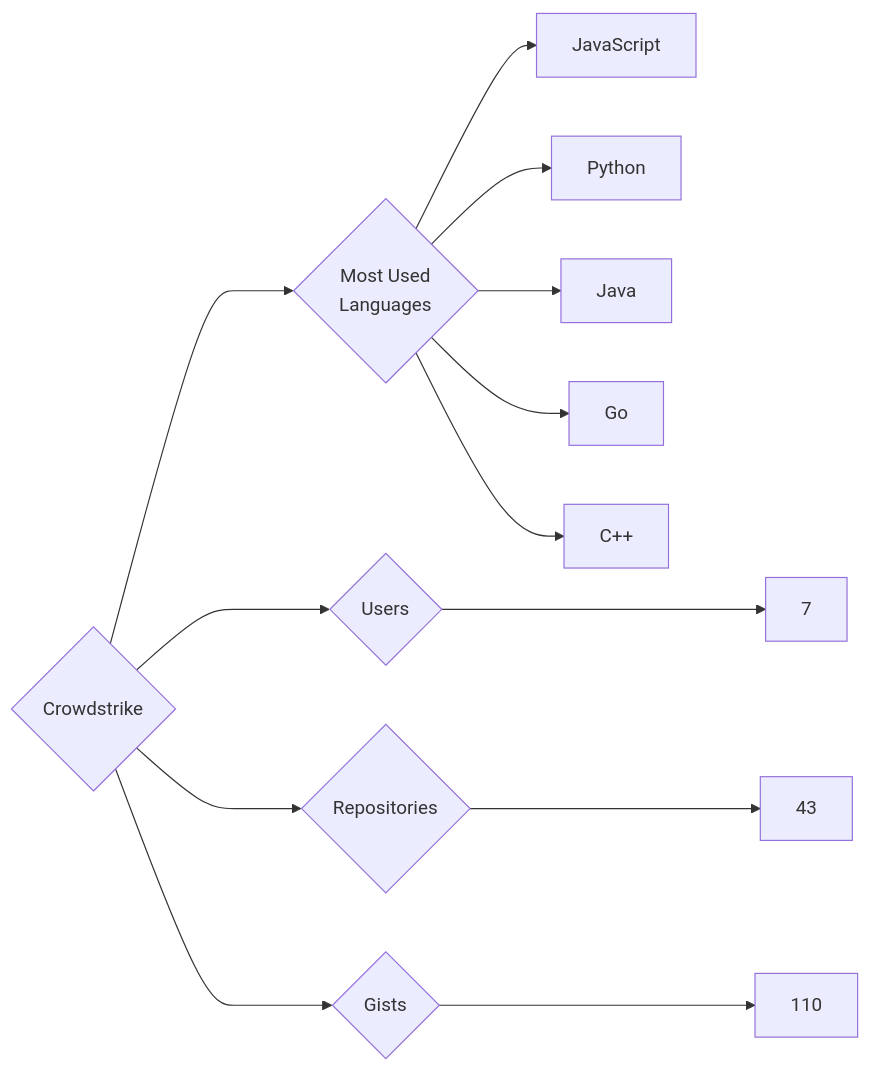
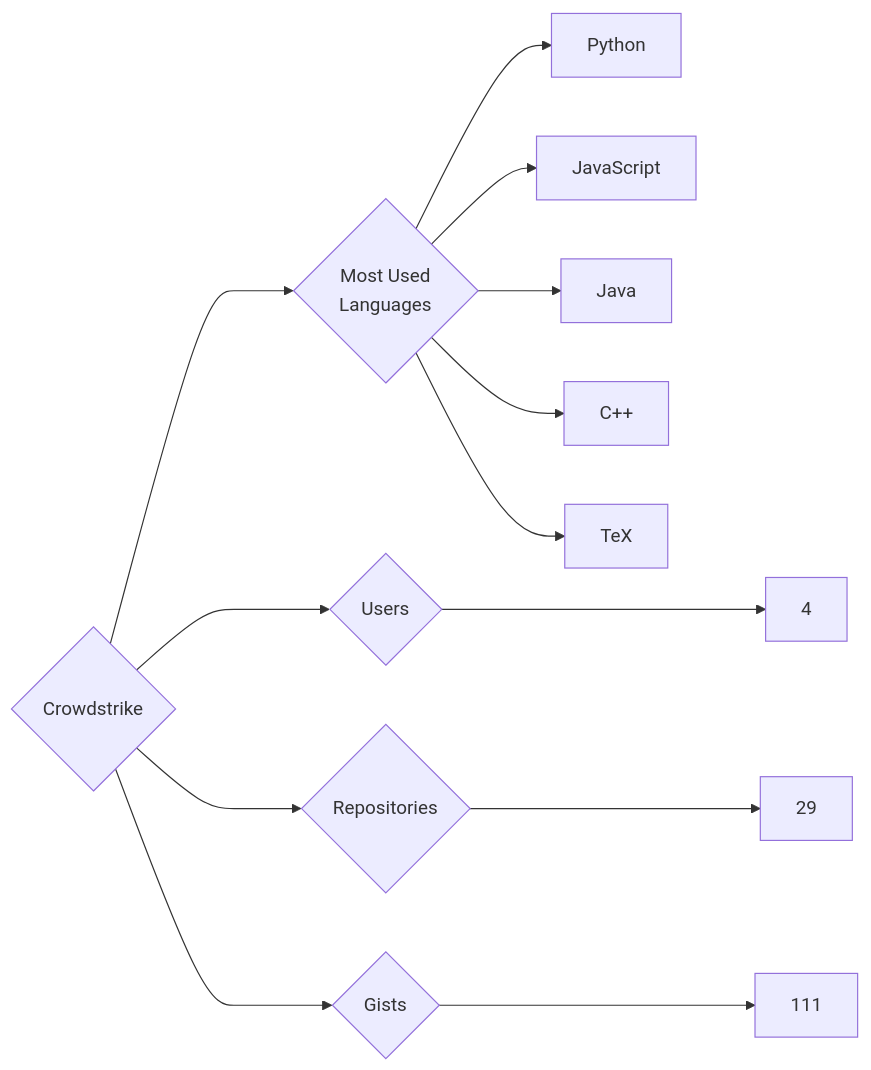
Before and after one commit to trickest/insiders: the diagram in targets/Crowdstrike/README.md, drawn with Mermaid. The commit also changed 1170 other files, not shown here.

````diff
--- a/targets/Crowdstrike/README.md
+++ b/targets/Crowdstrike/README.md
@@ -3,13 +3,13 @@
 ```mermaid
 graph LR
 COMPANY_NAME{Crowdstrike}
-COMPANY_NAME ---> U{Users} ---> UN[7]
-COMPANY_NAME ---> R{Repositories} ---> RN[43]
-COMPANY_NAME ---> G{Gists} ---> GN[110]
+COMPANY_NAME ---> U{Users} ---> UN[4]
+COMPANY_NAME ---> R{Repositories} ---> RN[29]
+COMPANY_NAME ---> G{Gists} ---> GN[111]
 COMPANY_NAME ---> ML{Most Used<br>Languages}
+ML --> Python[Python]
 ML --> JavaScript[JavaScript]
-ML --> Python[Python]
 ML --> Java[Java]
-ML --> Go[Go]
 ML --> C++[C++]
+ML --> TeX[TeX]
 ```
````
